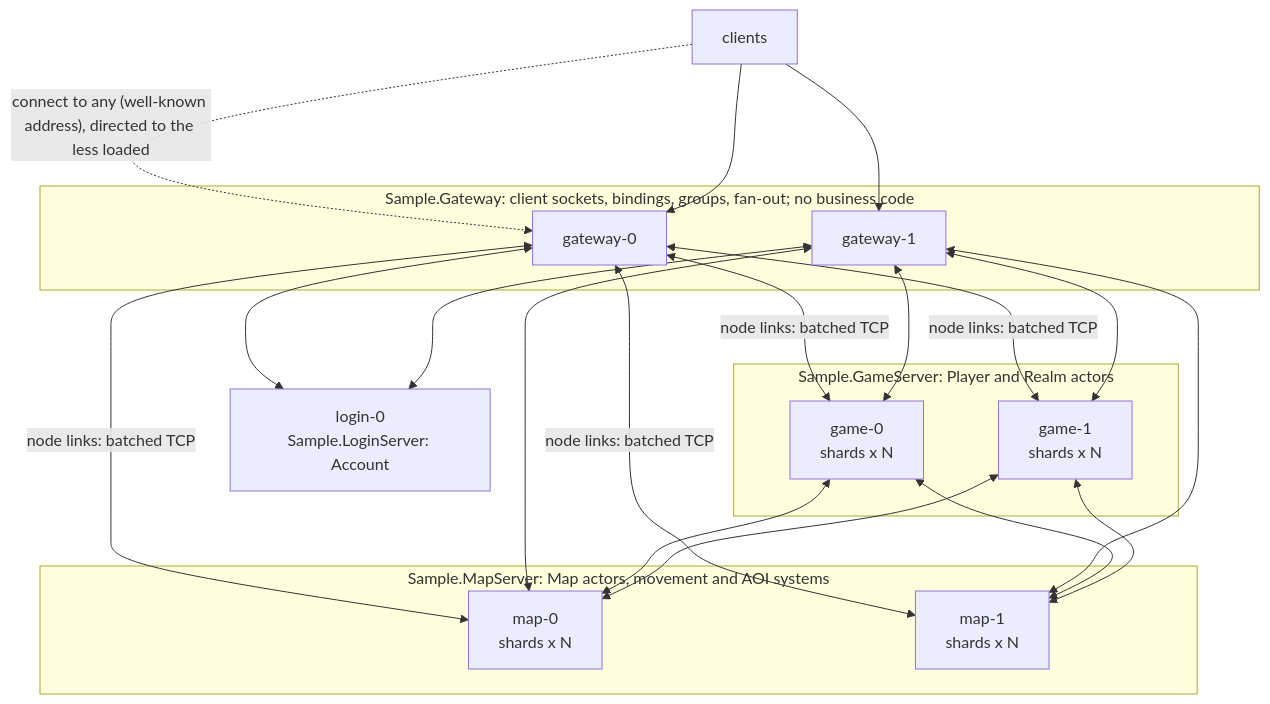
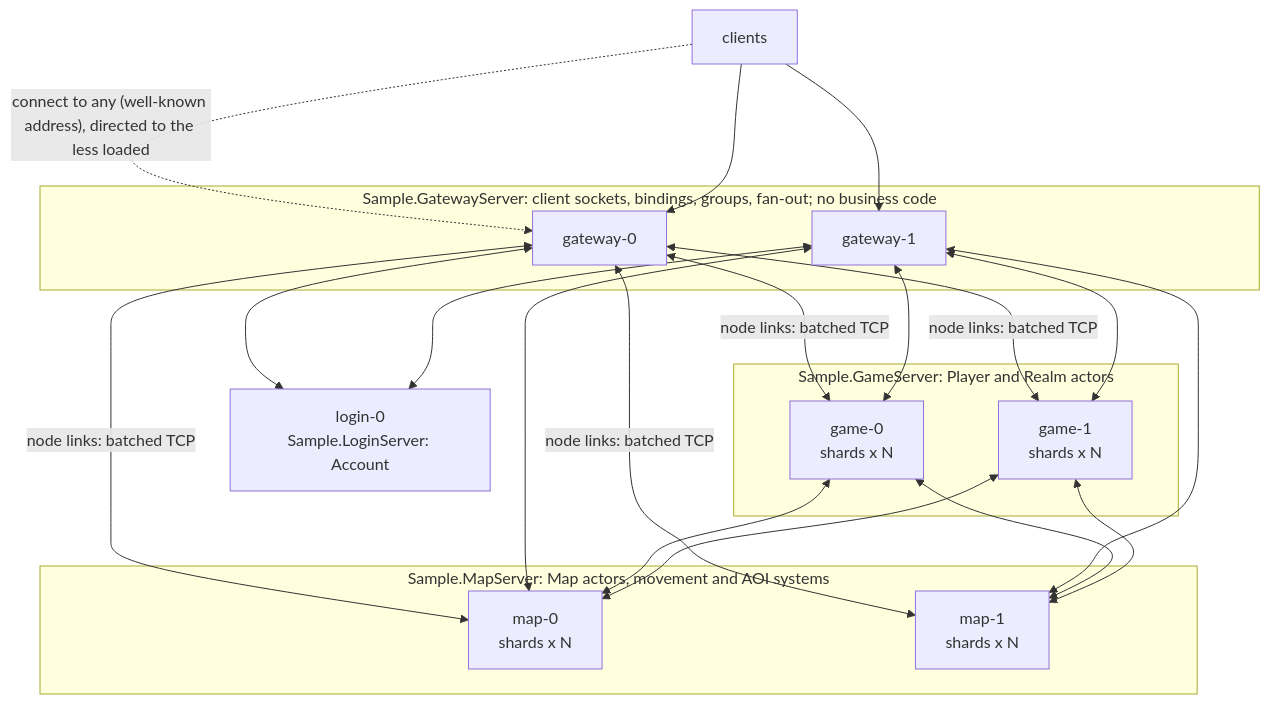
Before and after one commit to JasonXuDeveloper/DaServer: the second of 5 diagrams in doc/design.md, drawn with Mermaid. The commit also changed 4 other files, not shown here.

Commit message:
Docs: Sample.GatewayServer

````diff
--- a/doc/design.md
+++ b/doc/design.md
@@ -173,22 +173,22 @@
 ```mermaid
 flowchart TB
     C[clients] -. "connect to any (well-known address), directed to the less loaded" .-> G1
     C --> G1 & G2
-    subgraph gateways [Sample.Gateway: client sockets, bindings, groups, fan-out; no business code]
+    subgraph gateways [Sample.GatewayServer: client sockets, bindings, groups, fan-out; no business code]
         G1[gateway-0]
         G2[gateway-1]
     end
     L[login-0<br/>Sample.LoginServer: Account]
     G1 & G2 <--> L
     subgraph game [Sample.GameServer: Player and Realm actors]
         N1[game-0<br/>shards x N]
         N2[game-1<br/>shards x N]
     end
     subgraph map [Sample.MapServer: Map actors, movement and AOI systems]
         M1[map-0<br/>shards x N]
         M2[map-1<br/>shards x N]
     end
     G1 <-->|node links: batched TCP| N1 & N2 & M1 & M2
     G2 <--> N1 & N2 & M1 & M2
     N1 & N2 <--> M1 & M2
 ```
````
